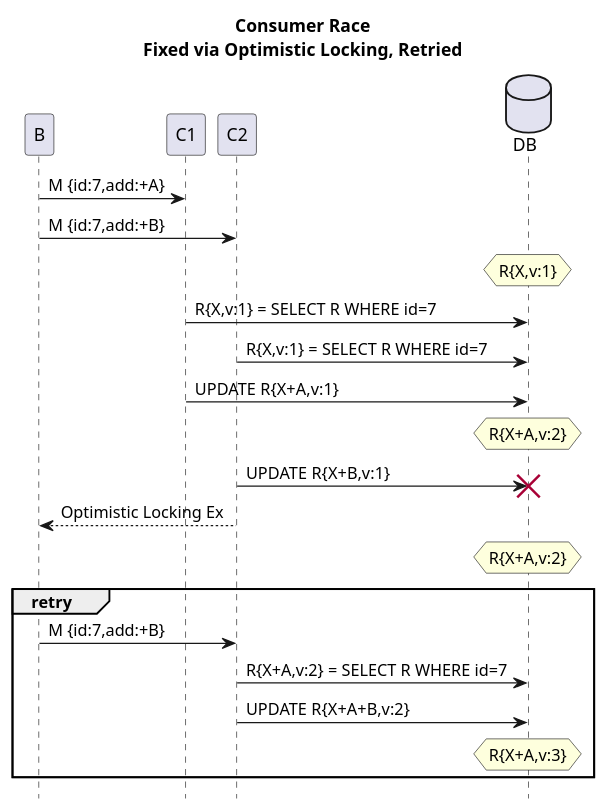
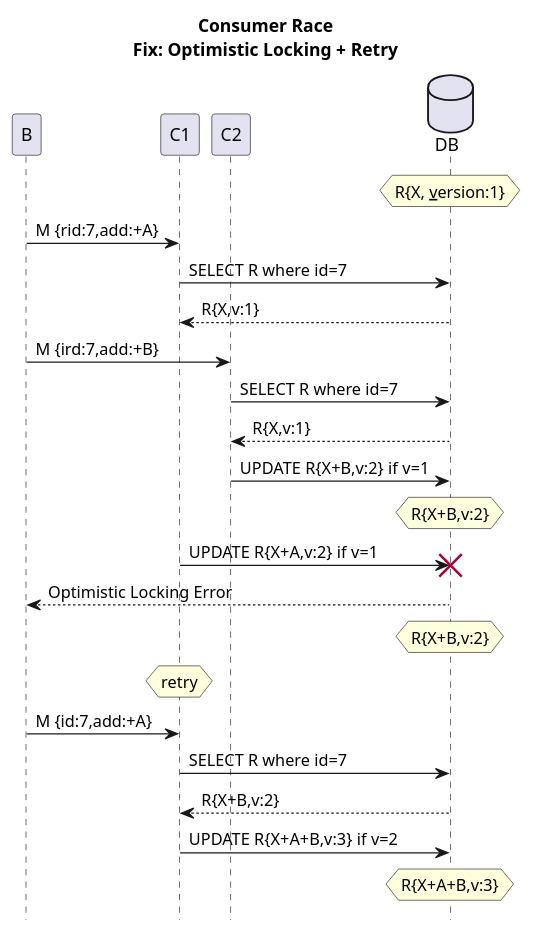
Before and after one commit to victorrentea/kafka: the diagram in patterns/3_race_c_c_[fix]optimistic_locking.puml, drawn with PlantUML. The commit also changed other lines of this file and 33 other files, not shown here.

```diff
--- a/patterns/3_race_c_c_[fix]optimistic_locking.puml
+++ b/patterns/3_race_c_c_[fix]optimistic_locking.puml
@@ -1,22 +1,25 @@
 @startuml
-title Consumer Race\nFixed via Optimistic Locking, Retried
+title Consumer Race\nFix: Optimistic Locking + Retry
 hide footbox
 database DB order 9
 
+hnote over DB: R{X, __v__ersion:1}
+B->C1: M {rid:7,add:+A}
+C1->DB: SELECT R where id=7
+C1<--DB: R{X,v:1}
+B->C2: M {ird:7,add:+B}
+C2->DB: SELECT R where id=7
+C2<--DB: R{X,v:1}
+C2->DB: UPDATE R{X+B,v:2} if v=1
+hnote over DB: R{X+B,v:2}
+C1->DB!!: UPDATE R{X+A,v:2} if v=1
+B<--DB: Optimistic Locking Error
+hnote over DB: R{X+B,v:2}
+hnote over C1: retry
 B->C1: M {id:7,add:+A}
-B->C2: M {id:7,add:+B}
-hnote over DB: R{X,v:1}
-C1->DB: R{X,v:1} = SELECT R WHERE id=7
-C2->DB: R{X,v:1} = SELECT R WHERE id=7
-C1->DB: UPDATE R{X+A,v:1}
-hnote over DB: R{X+A,v:2}
-C2->DB!!: UPDATE R{X+B,v:1}
-B<--C2: Optimistic Locking Ex
-hnote over DB: R{X+A,v:2}
-group retry
-B->C2: M {id:7,add:+B}
-C2->DB: R{X+A,v:2} = SELECT R WHERE id=7
-C2->DB: UPDATE R{X+A+B,v:2}
-hnote over DB: R{X+A,v:3}
-end
+C1->DB: SELECT R where id=7
+C1<--DB: R{X+B,v:2}
+C1->DB: UPDATE R{X+A+B,v:3} if v=2
+hnote over DB: R{X+A+B,v:3}
+
 @enduml
```
